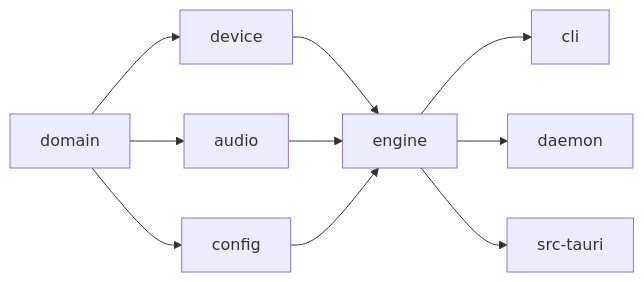
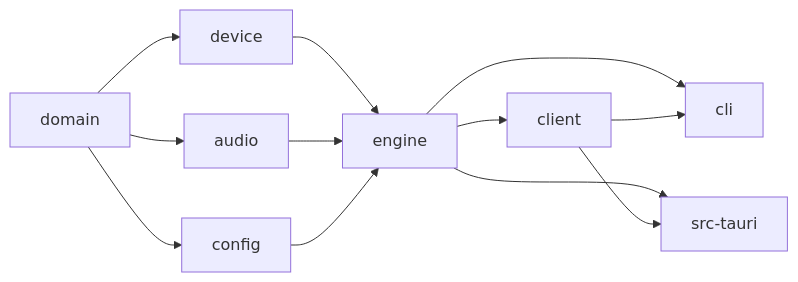
Before and after one commit to Chappy202/arctis-sound-manager: the second of 4 diagrams in ARCHITECTURE.md, drawn with Mermaid. The commit also changed other lines of this file and 5 other files, not shown here.

````diff
--- a/ARCHITECTURE.md
+++ b/ARCHITECTURE.md
@@ -62,12 +62,14 @@
 ```mermaid
 flowchart LR
     domain --> device
     domain --> audio
     domain --> config
     device --> engine
     audio --> engine
     config --> engine
+    engine --> client
     engine --> cli
-    engine --> daemon
     engine --> srctauri["src-tauri"]
+    client --> cli
+    client --> srctauri
 ```
````
